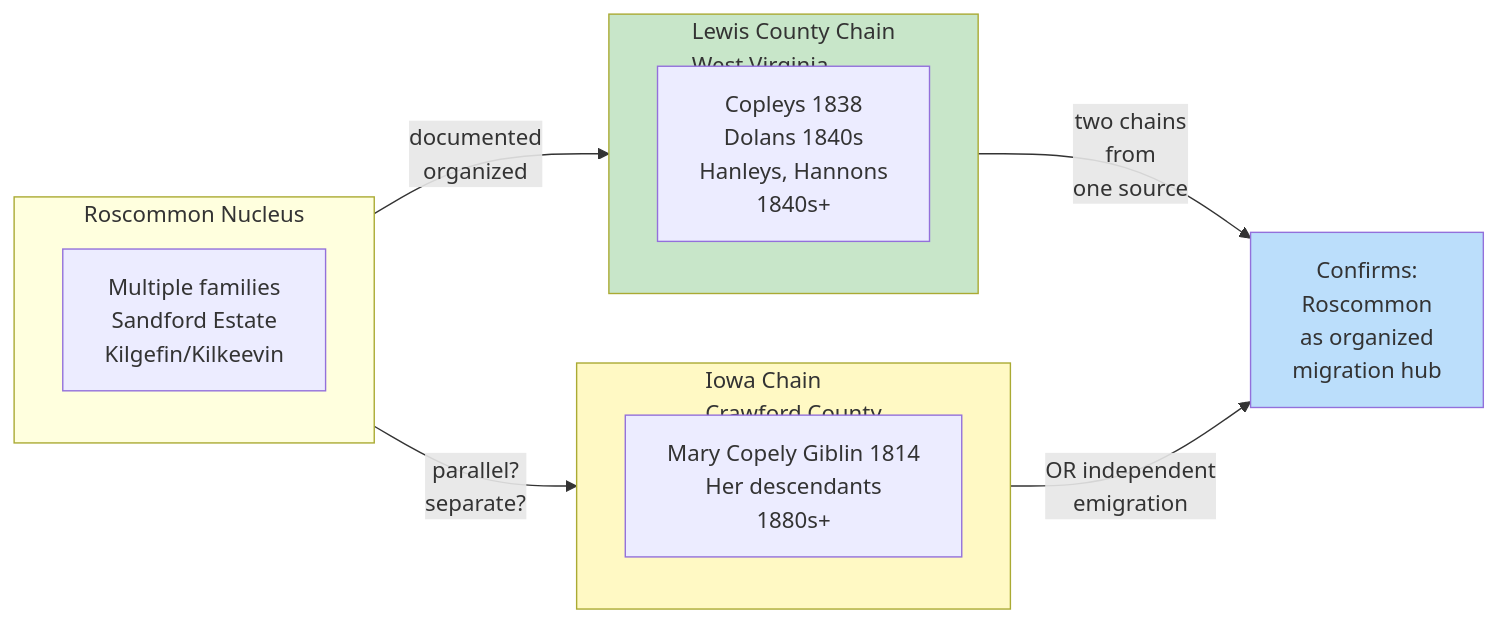
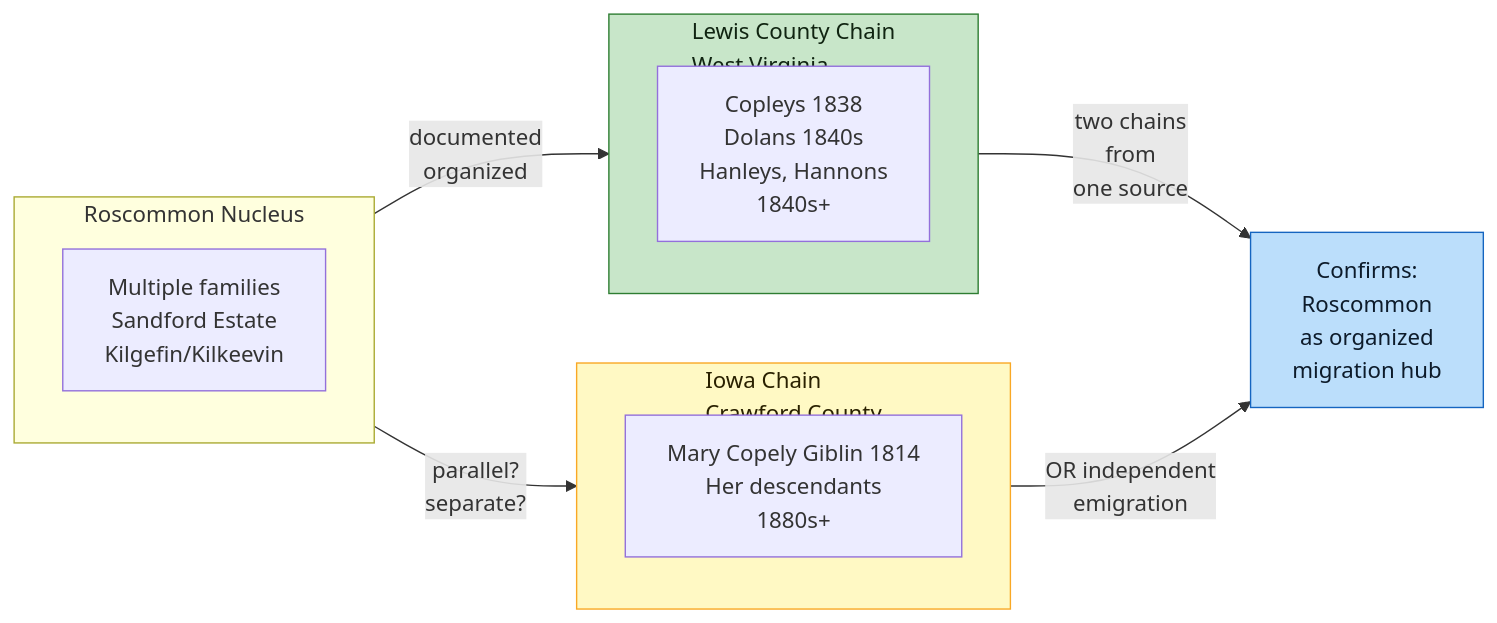
Before and after one commit to zcopley/copley-family-research: the seventh of 7 diagrams in Topics/Murray Settlement Research Roadmap.md, drawn with Mermaid. The commit also changed other lines of this file and 14 other files, not shown here.

Commit message:
Enforce Mermaid diagram contrast

````diff
--- a/Topics/Murray Settlement Research Roadmap.md
+++ b/Topics/Murray Settlement Research Roadmap.md
@@ -404,24 +404,24 @@
 ```mermaid
 graph LR
     subgraph ROSCOMMON["Roscommon Nucleus"]
         RM["Multiple families<br/>Sandford Estate<br/>Kilgefin/Kilkeevin"]
     end
     
     subgraph LEWIS["Lewis County Chain<br/>West Virginia"]
         LM["Copleys 1838<br/>Dolans 1840s<br/>Hanleys, Hannons<br/>1840s+"]
     end
     
     subgraph IOWA["Iowa Chain<br/>Crawford County"]
         IM["Mary Copely Giblin 1814<br/>Her descendants<br/>1880s+"]
     end
     
     ROSCOMMON -->|documented<br/>organized| LEWIS
     ROSCOMMON -->|parallel?<br/>separate?| IOWA
     
     LEWIS -->|two chains<br/>from<br/>one source| VERDICT["Confirms:<br/>Roscommon<br/>as organized<br/>migration hub"]
     IOWA -->|OR independent<br/>emigration| VERDICT
     
-    style LEWIS fill:#c8e6c9
-    style IOWA fill:#fff9c4
-    style VERDICT fill:#bbdefb
+    style LEWIS fill:#c8e6c9,stroke:#2e7d32,color:#102411
+    style IOWA fill:#fff9c4,stroke:#f9a825,color:#2a2100
+    style VERDICT fill:#bbdefb,stroke:#1565c0,color:#0d1b2a
 ```
````
